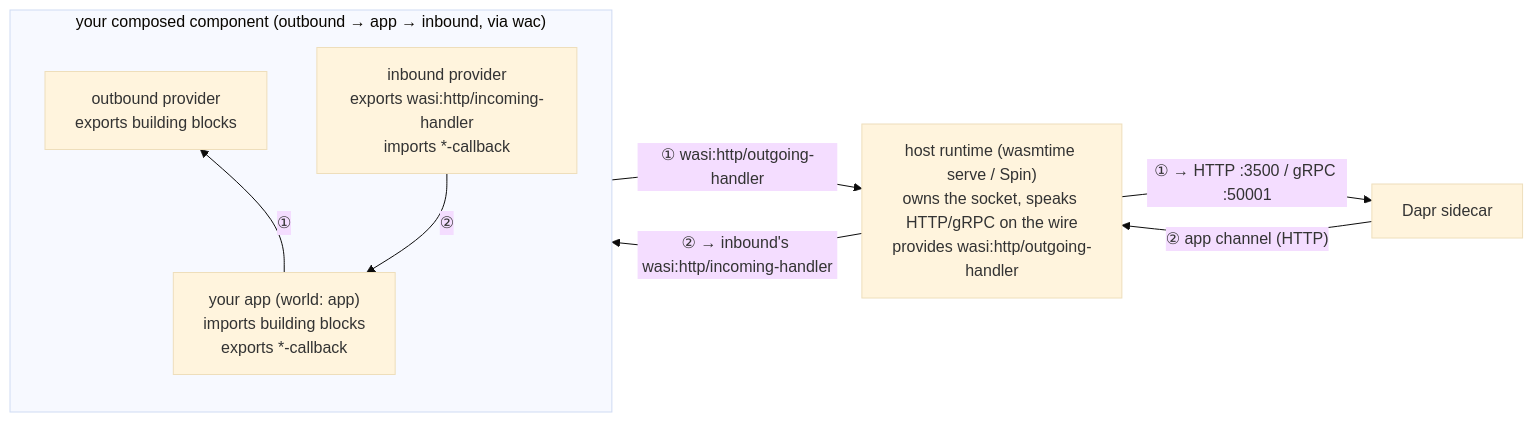
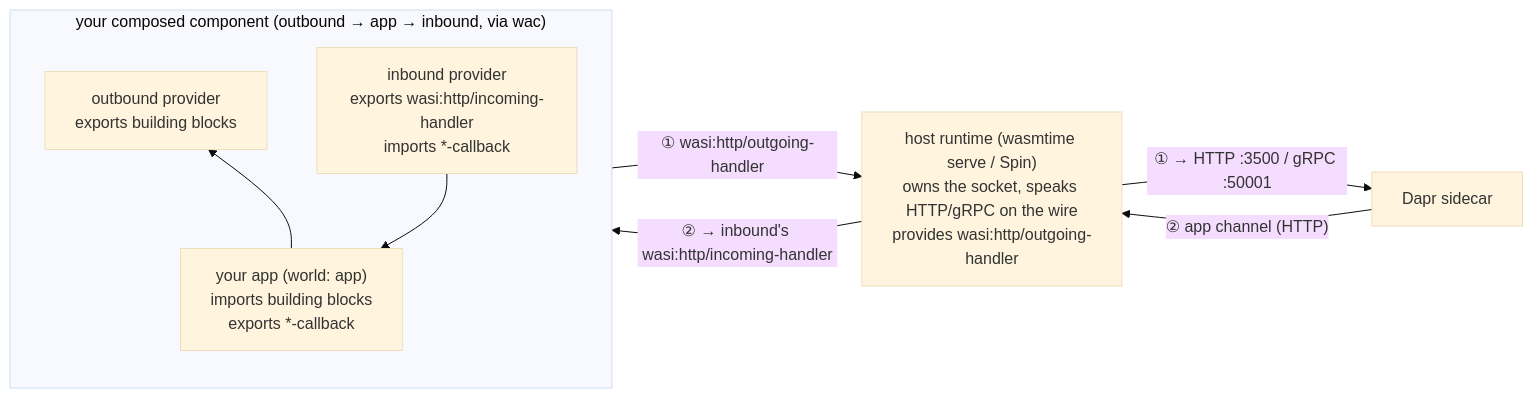
One commit to sideeffffect/dapr-wasm-components changed the diagram in README.md. Above: the diagram before and after it, drawn with Mermaid (base theme).

Commit message:
README: drop labels on the two in-box edges so dagre stops piling them up
GitHub renders Mermaid with the dagre engine only (no ELK), and dagre is known
to ignore edge-label sizes when placing nodes. Both app↔provider edges fan into
the app node from the same side, so dagre dropped their labels in the same spot
— bare ①/② still collided and sat on the inbound box border.

The arrows plus the node text (imports/exports building blocks; imports/exports
*-callback) already make those two edges self-explanatory, and the ①/② wire
story still lives on the external host-side edges where there's open space. So
just drop the two in-box labels. Renders cleanly at default spacing: sidecar
left, app right, providers stacked, no overlaps.

````diff
--- a/README.md
+++ b/README.md
@@ -58,23 +58,23 @@
 ```mermaid
 flowchart LR
     sidecar["Dapr sidecar"]
     host["host runtime (wasmtime serve / Spin)<br/>owns the socket, speaks HTTP/gRPC on the wire<br/>provides wasi:http/outgoing-handler"]
 
     subgraph composed["your composed component (outbound → app → inbound, via wac)"]
         direction TB
         outbound["outbound provider<br/>exports building blocks"]
         inbound["inbound provider<br/>exports wasi:http/incoming-handler<br/>imports *-callback"]
         app["your app (world: app)<br/>imports building blocks<br/>exports *-callback"]
     end
 
     %% invisible rank hints keep the order sidecar → host → providers → app
     host ~~~ outbound
     outbound ~~~ app
 
-    app -- "①" --> outbound
+    app --> outbound
     outbound -- "① wasi:http/outgoing-handler" --> host
     host -- "① → HTTP :3500 / gRPC :50001" --> sidecar
     sidecar -- "② app channel (HTTP)" --> host
     host -- "② → inbound's wasi:http/incoming-handler" --> inbound
-    inbound -- "②" --> app
+    inbound --> app
 ```
````
